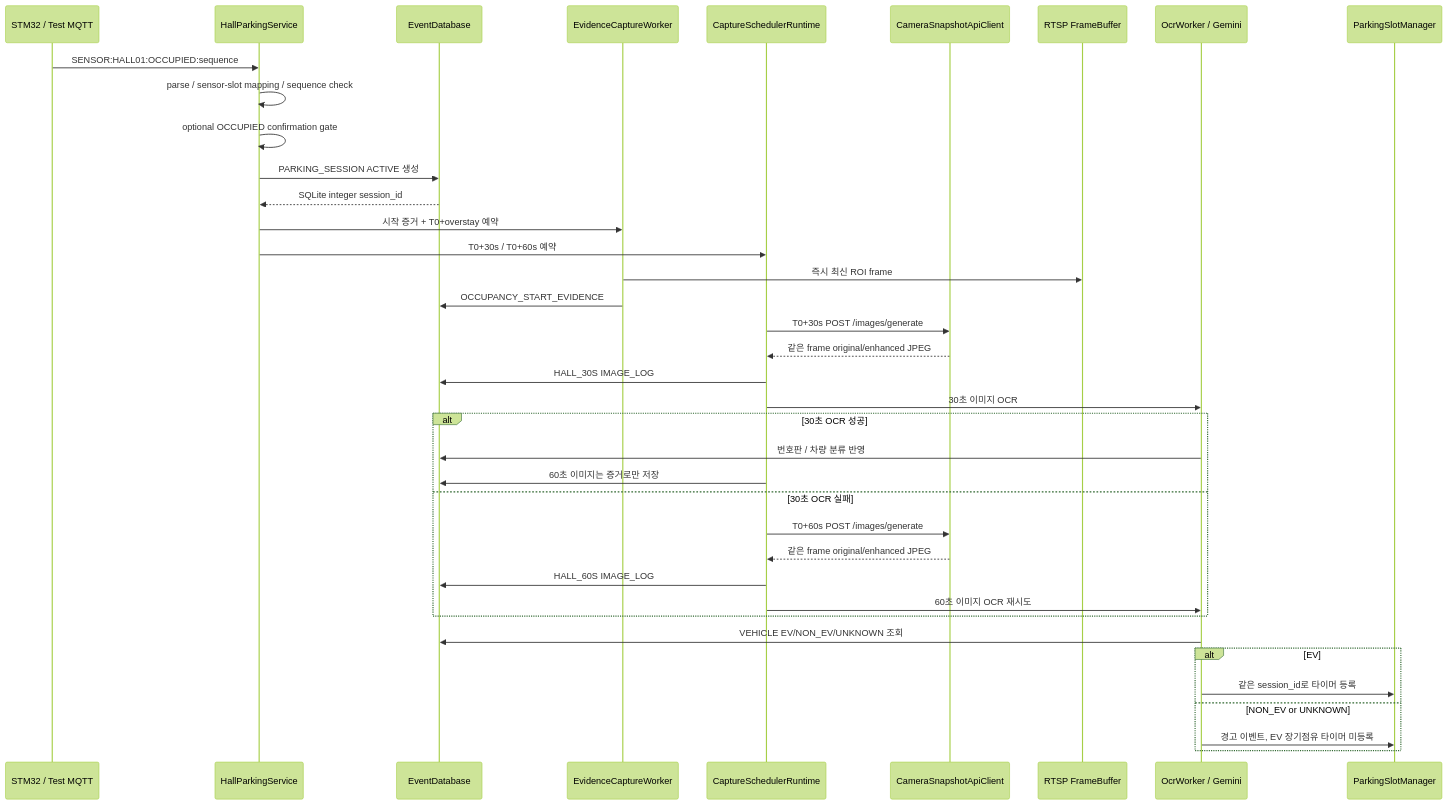
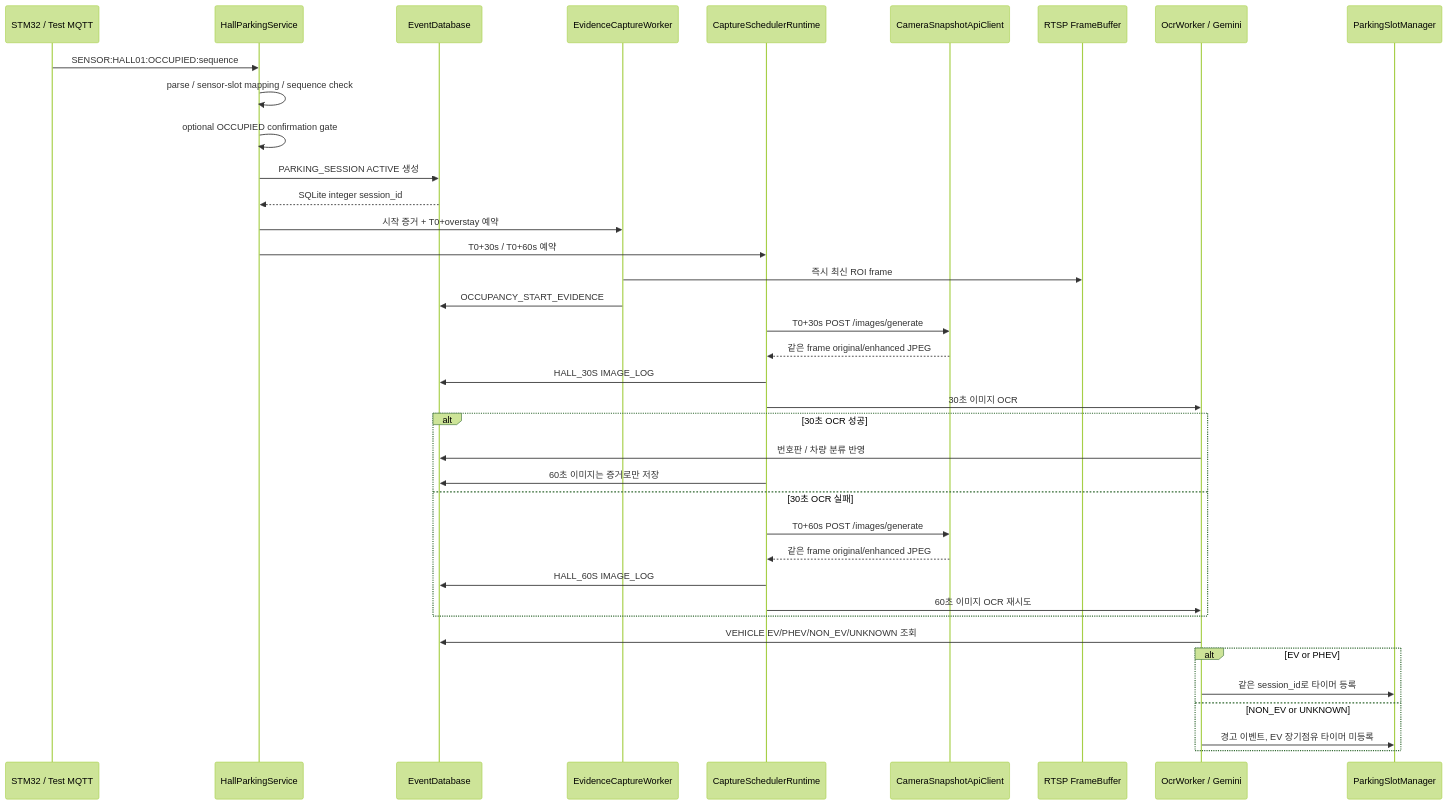
The second of 2 diagrams in Pi_Server/docs/architecture/README.md (Hun0305/ev-parking-system), drawn with Mermaid (forest theme) before and after one commit. The commit also changed other lines of this file and 909 other files, not shown here.

````diff
--- a/Pi_Server/docs/architecture/README.md
+++ b/Pi_Server/docs/architecture/README.md
@@ -94,41 +81,41 @@
 ```mermaid
 sequenceDiagram
     participant S as STM32 / Test MQTT
     participant H as HallParkingService
     participant DB as EventDatabase
     participant E as EvidenceCaptureWorker
     participant C as CaptureSchedulerRuntime
     participant A as CameraSnapshotApiClient
     participant F as RTSP FrameBuffer
     participant O as OcrWorker / Gemini
     participant T as ParkingSlotManager
 
     S->>H: SENSOR:HALL01:OCCUPIED:sequence
     H->>H: parse / sensor-slot mapping / sequence check
     H->>H: optional OCCUPIED confirmation gate
     H->>DB: PARKING_SESSION ACTIVE 생성
     DB-->>H: SQLite integer session_id
     H->>E: 시작 증거 + T0+overstay 예약
     H->>C: T0+30s / T0+60s 예약
     E->>F: 즉시 최신 ROI frame
     E->>DB: OCCUPANCY_START_EVIDENCE
     C->>A: T0+30s POST /images/generate
     A-->>C: 같은 frame original/enhanced JPEG
     C->>DB: HALL_30S IMAGE_LOG
     C->>O: 30초 이미지 OCR
     alt 30초 OCR 성공
         O->>DB: 번호판 / 차량 분류 반영
         C->>DB: 60초 이미지는 증거로만 저장
     else 30초 OCR 실패
         C->>A: T0+60s POST /images/generate
         A-->>C: 같은 frame original/enhanced JPEG
         C->>DB: HALL_60S IMAGE_LOG
         C->>O: 60초 이미지 OCR 재시도
     end
-    O->>DB: VEHICLE EV/NON_EV/UNKNOWN 조회
-    alt EV
+    O->>DB: VEHICLE EV/PHEV/NON_EV/UNKNOWN 조회
+    alt EV or PHEV
         O->>T: 같은 session_id로 타이머 등록
     else NON_EV or UNKNOWN
         O->>T: 경고 이벤트, EV 장기점유 타이머 미등록
     end
 ```
````
